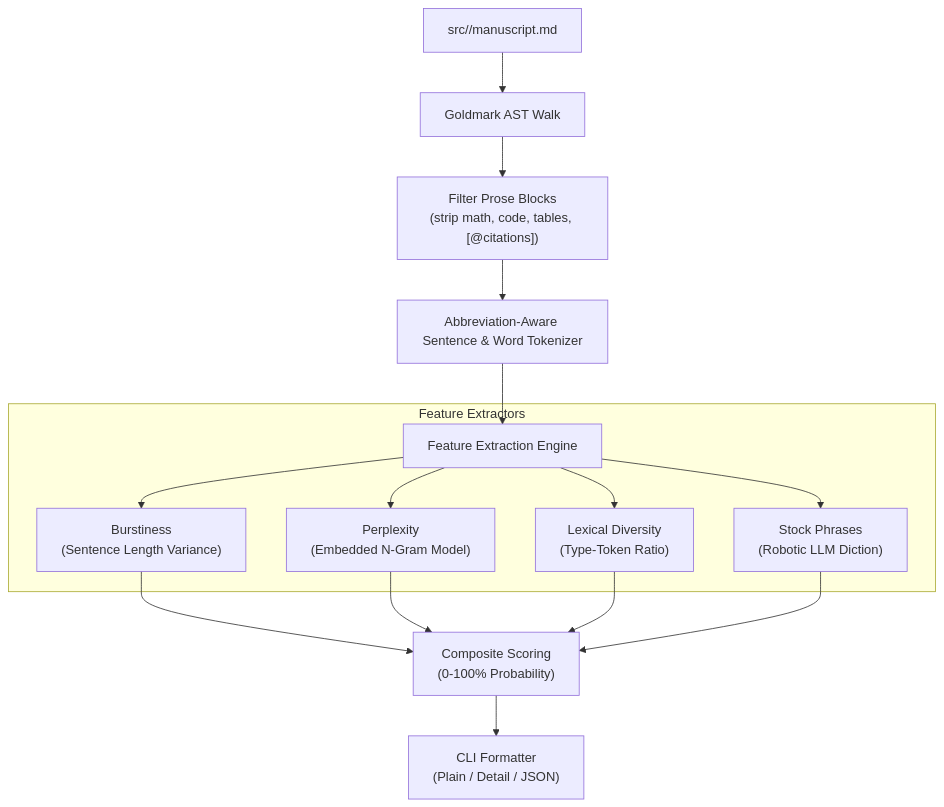
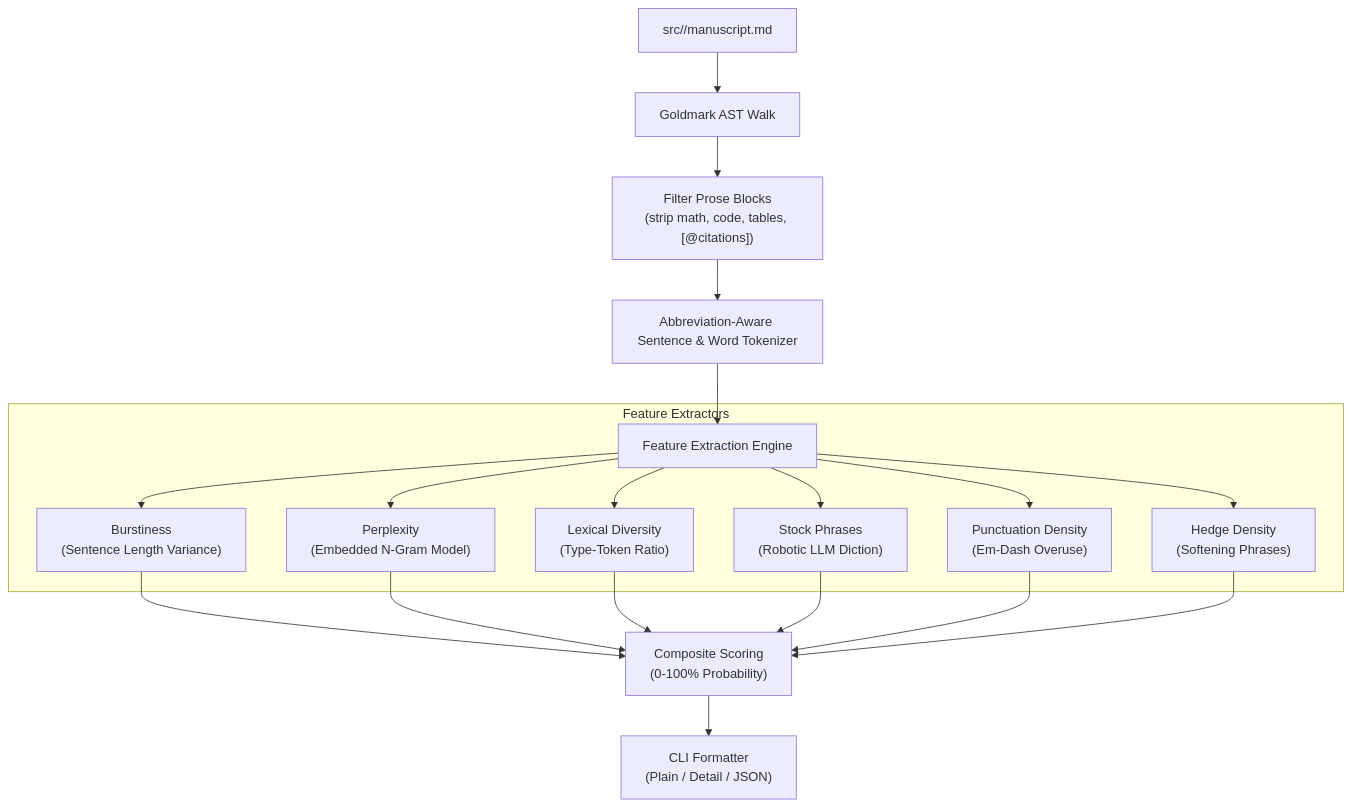
One commit to digitalentity/lumina changed the diagram in spec/008_ai_detector/spec.md. Above: the diagram before and after it, drawn with Mermaid. The commit also changed other lines of this file and 20 other files, not shown here.

````diff
--- a/spec/008_ai_detector/spec.md
+++ b/spec/008_ai_detector/spec.md
@@ -78,21 +79,25 @@
 ```mermaid
 graph TD
     MD["src/<target>/manuscript.md"] --> AST["Goldmark AST Walk"]
     AST --> FILTER["Filter Prose Blocks\n(strip math, code, tables, [@citations])"]
     FILTER --> TOK["Abbreviation-Aware Sentence & Word Tokenizer"]
     TOK --> FEAT["Feature Extraction Engine"]
     
     subgraph Feature Extractors
         FEAT --> F1["Burstiness\n(Sentence Length Variance)"]
         FEAT --> F2["Perplexity\n(Embedded N-Gram Model)"]
         FEAT --> F3["Lexical Diversity\n(Type-Token Ratio)"]
         FEAT --> F4["Stock Phrases\n(Robotic LLM Diction)"]
+        FEAT --> F5["Punctuation Density\n(Em-Dash Overuse)"]
+        FEAT --> F6["Hedge Density\n(Softening Phrases)"]
     end
     
     F1 --> COMPOSITE["Composite Scoring\n(0-100% Probability)"]
     F2 --> COMPOSITE
     F3 --> COMPOSITE
     F4 --> COMPOSITE
+    F5 --> COMPOSITE
+    F6 --> COMPOSITE
     
     COMPOSITE --> CLI["CLI Formatter\n(Plain / Detail / JSON)"]
 ```
````
